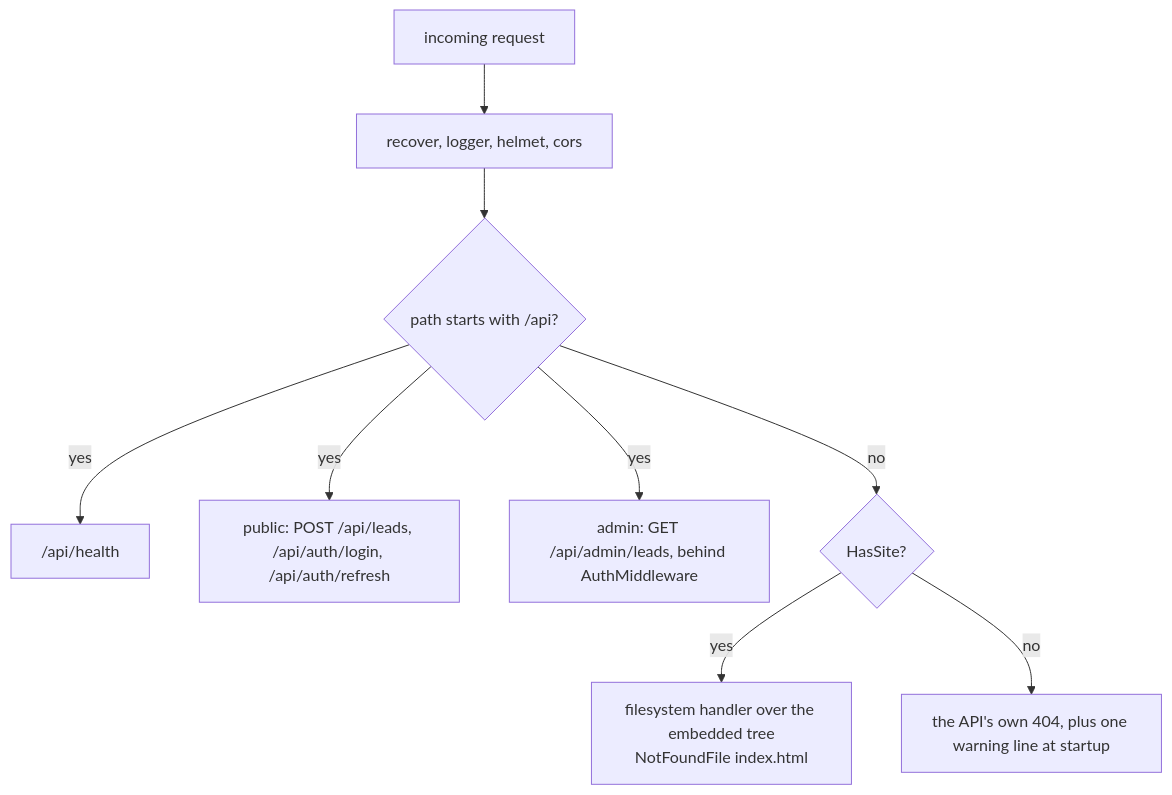
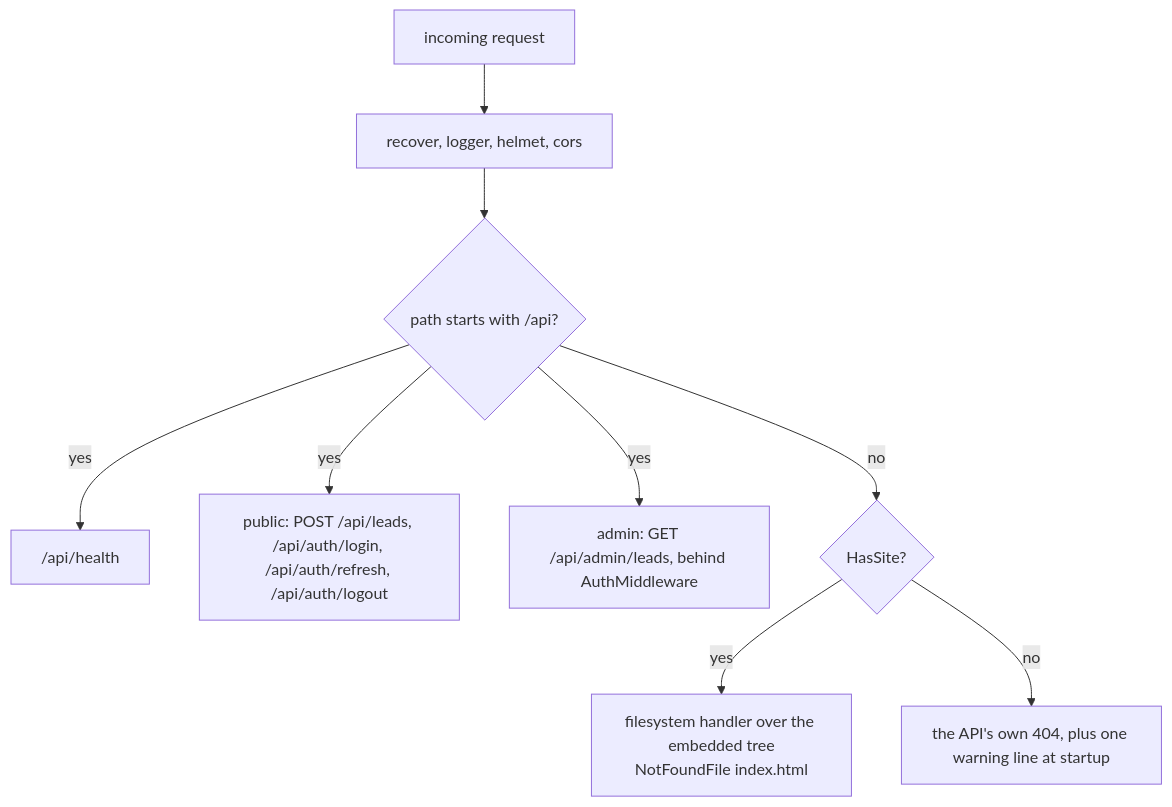
One commit to tanasoft1/landing_kit changed the fifth of 13 diagrams in ARCHITECTURE.md. Above: the diagram before and after it, drawn with Mermaid. The commit also changed other lines of this file and 5 other files, not shown here.

````diff
--- a/ARCHITECTURE.md
+++ b/ARCHITECTURE.md
@@ -199,11 +199,11 @@
 ```mermaid
 flowchart TD
   REQ["incoming request"] --> MW["recover, logger, helmet, cors"]
   MW --> H{"path starts with /api?"}
   H -->|"yes"| G["/api/health"]
-  H -->|"yes"| P["public: POST /api/leads, /api/auth/login, /api/auth/refresh"]
+  H -->|"yes"| P["public: POST /api/leads, /api/auth/login, /api/auth/refresh, /api/auth/logout"]
   H -->|"yes"| AD["admin: GET /api/admin/leads, behind AuthMiddleware"]
   H -->|"no"| S{"HasSite?"}
   S -->|"yes"| FS["filesystem handler over the embedded tree<br/>NotFoundFile index.html"]
   S -->|"no"| API404["the API's own 404, plus one warning line at startup"]
 ```
````
